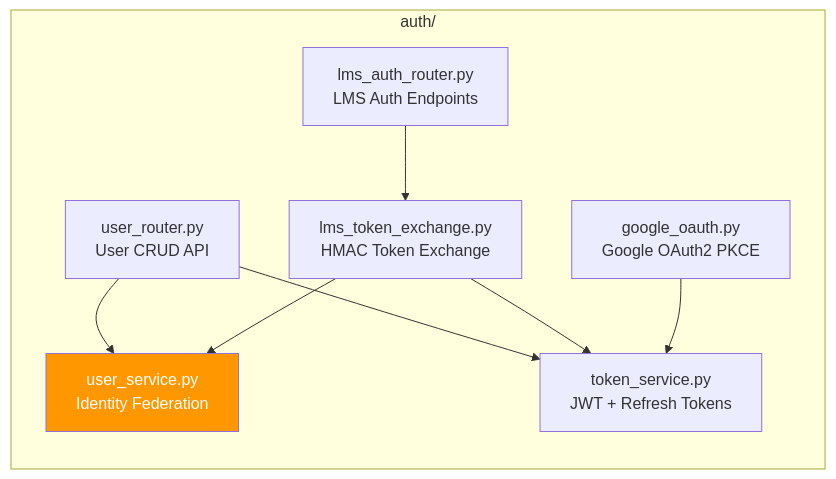
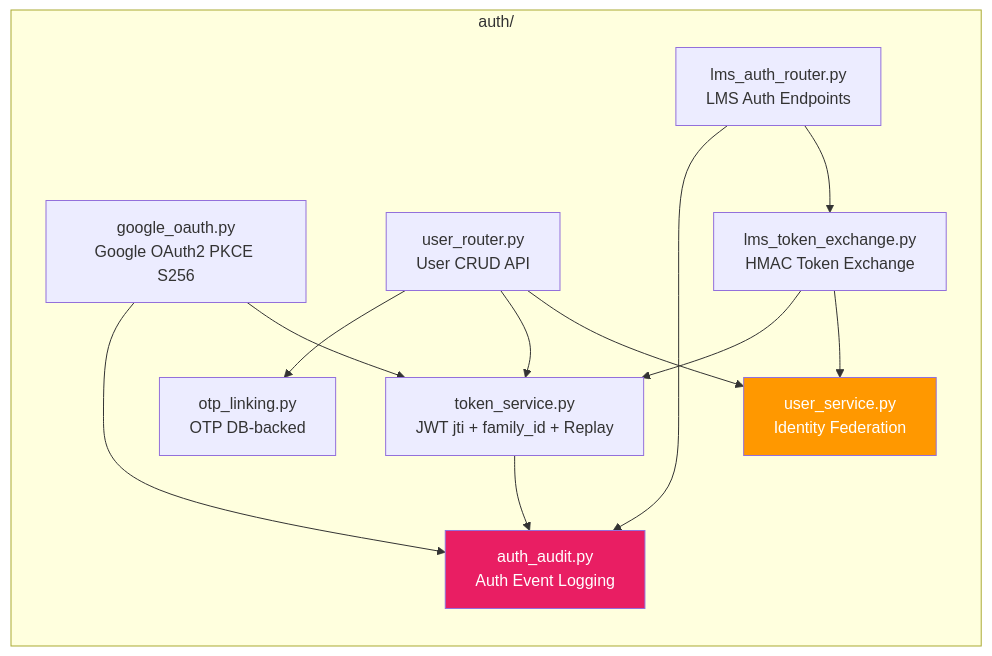
Before and after one commit to meiiie/wiii: the fourth of 12 diagrams in maritime-ai-service/docs/architecture/FOLDER_MAP.md, drawn with Mermaid. The commit also changed other lines of this file and 542 other files, not shown here.

````diff
--- a/maritime-ai-service/docs/architecture/FOLDER_MAP.md
+++ b/maritime-ai-service/docs/architecture/FOLDER_MAP.md
@@ -184,20 +184,27 @@
 ```mermaid
 graph LR
     subgraph "auth/"
-        GO[google_oauth.py<br/>Google OAuth2 PKCE]
-        TS[token_service.py<br/>JWT + Refresh Tokens]
+        GO[google_oauth.py<br/>Google OAuth2 PKCE S256]
+        TS[token_service.py<br/>JWT jti + family_id + Replay]
         US[user_service.py<br/>Identity Federation]
         UR[user_router.py<br/>User CRUD API]
         LTE[lms_token_exchange.py<br/>HMAC Token Exchange]
         LAR[lms_auth_router.py<br/>LMS Auth Endpoints]
+        AA[auth_audit.py<br/>Auth Event Logging]
+        OTP[otp_linking.py<br/>OTP DB-backed]
     end
 
     UR --> US
     UR --> TS
+    UR --> OTP
     LAR --> LTE
     LTE --> US
     LTE --> TS
     GO --> TS
+    GO --> AA
+    TS --> AA
+    LAR --> AA
 
     style US fill:#FF9800,color:white
+    style AA fill:#E91E63,color:white
 ```
````
